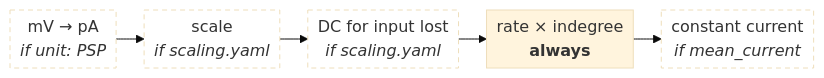
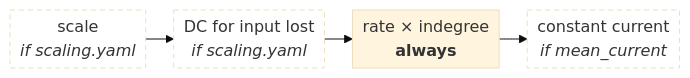
Before and after one commit to shimoura/microcircuit-lab: the second of 3 diagrams in docs/workflow.md, drawn with Mermaid (base theme). The commit also changed other lines of this file and 54 other files, not shown here.

````diff
--- a/docs/workflow.md
+++ b/docs/workflow.md
@@ -46,6 +46,6 @@
 ```mermaid
 %%{init: {"flowchart": {"rankSpacing": 28, "nodeSpacing": 15, "padding": 5}}}%%
 flowchart LR
-  U["mV → pA<br/><i>if unit: PSP</i>"]:::opt --> K["scale<br/><i>if scaling.yaml</i>"]:::opt --> D["DC for input lost<br/><i>if scaling.yaml</i>"]:::opt --> R["rate × indegree<br/><b>always</b>"] --> M["constant current<br/><i>if mean_current</i>"]:::opt
+  K["scale<br/><i>if scaling.yaml</i>"]:::opt --> D["DC for input lost<br/><i>if scaling.yaml</i>"]:::opt --> R["rate × indegree<br/><b>always</b>"] --> M["constant current<br/><i>if mean_current</i>"]:::opt
   classDef opt stroke-dasharray: 5 4,fill:#ffffff
 ```
````
